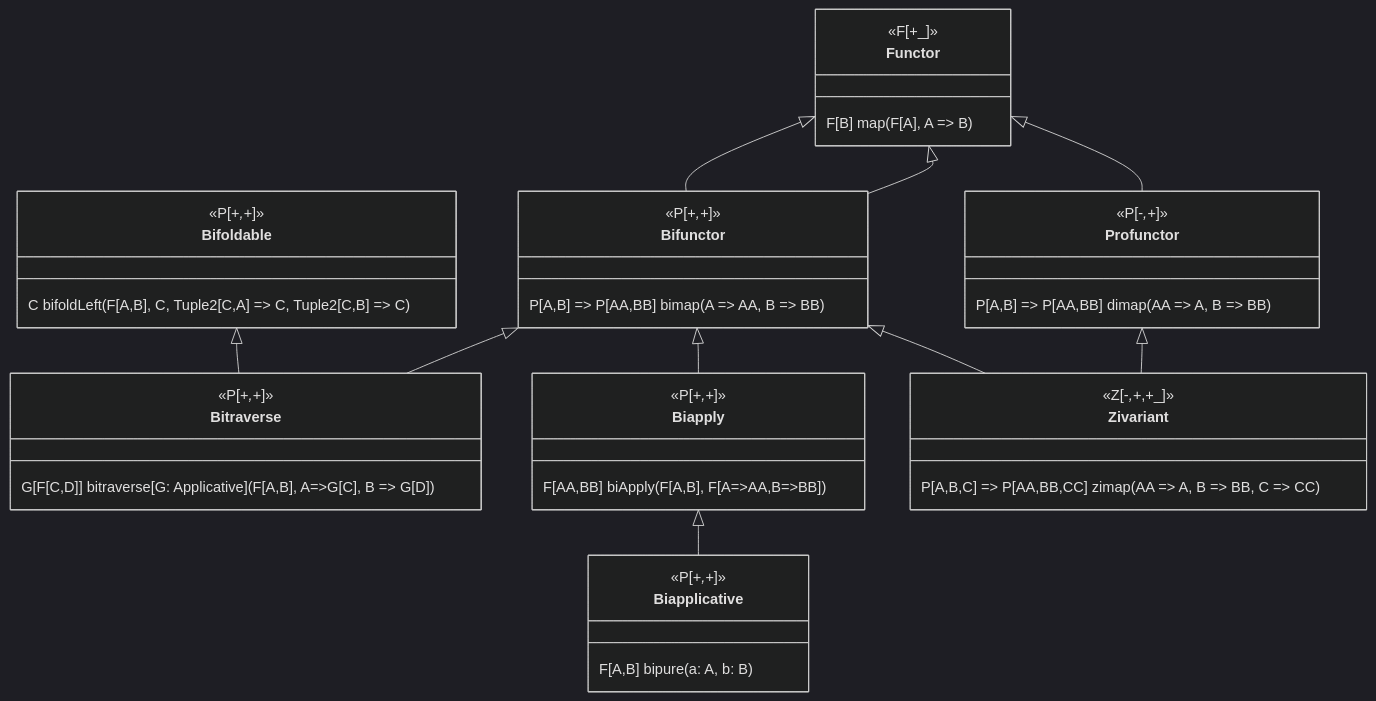
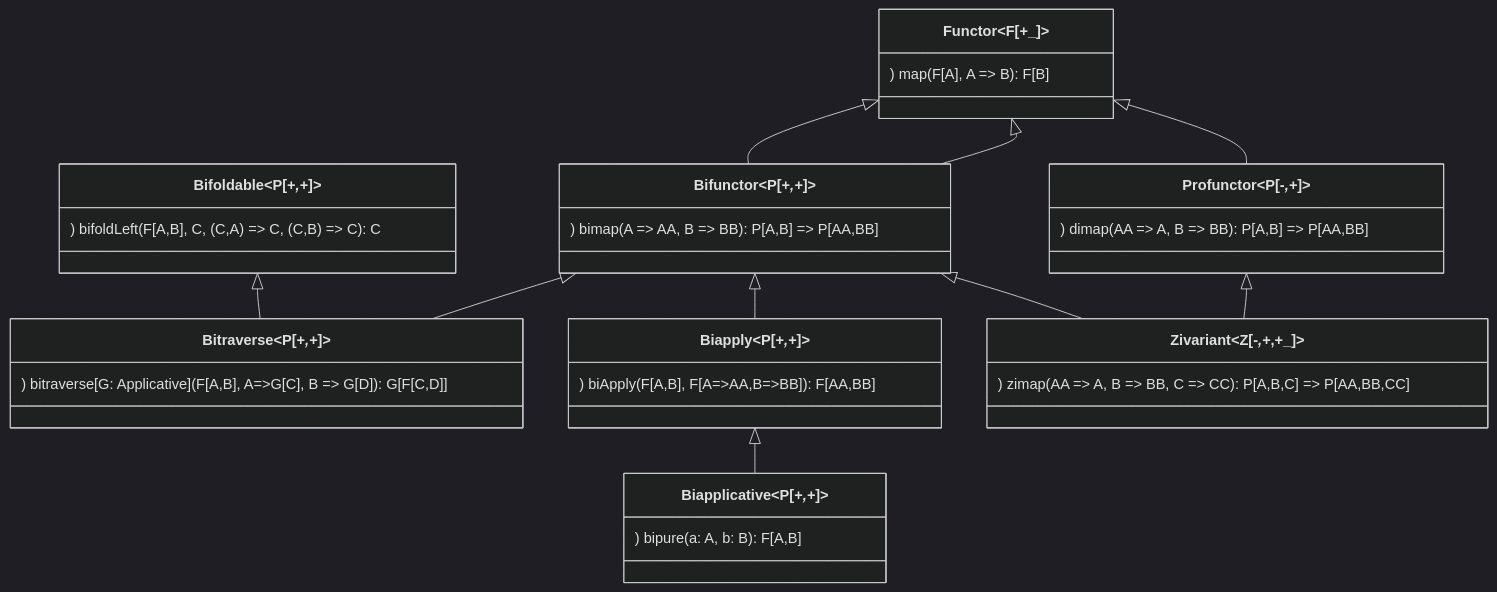
One commit to lemastero/scala_typeclassopedia changed the diagram in Bifunctors.MD. Above: the diagram before and after it, drawn with Mermaid (dark theme). The commit also changed 4 other files, not shown here.

Commit message:
add type parameters to mermaid diagrams using ~

````diff
--- a/Bifunctors.MD
+++ b/Bifunctors.MD
@@ -1,45 +1,37 @@
 ```mermaid
 classDiagram
-   Bifoldable <|-- Bitraverse
-   Bifunctor <|-- Bitraverse
-   Bifunctor <|-- Biapply
-   Biapply <|-- Biapplicative
+   Bifoldable~P[+_,+_]~ <|-- Bitraverse~P[+_,+_]~
+   Bifunctor~P[+_,+_]~ <|-- Bitraverse
+   Bifunctor <|-- Biapply~P[+_,+_]~
+   Biapply <|-- Biapplicative~P[+_,+_]~
+   Functor~F[+_]~ <|-- Bifunctor
    Functor <|-- Bifunctor
-   Functor <|-- Bifunctor
-   Functor <|-- Profunctor
-   Bifunctor <|-- Zivariant
+   Functor <|-- Profunctor~P[-_,+_]~
+   Bifunctor <|-- Zivariant~Z[-_,+_,+_]~
    Profunctor <|-- Zivariant
 
-   class Functor {
-     <<F[+_]>>
-     F[B] map(F[A], A => B)
-   }
+  class Functor {
+    ) map(F[A], A => B): F[B]
+  }
   class Profunctor {
-    <<P[-_,+_]>>
-    P[A,B] => P[AA,BB] dimap(AA => A, B => BB)
+    ) dimap(AA => A, B => BB): P[A,B] => P[AA,BB]
   }
   class Bifunctor {
-    <<P[+_,+_]>>
-    P[A,B] => P[AA,BB] bimap(A => AA, B => BB)
+    ) bimap(A => AA, B => BB): P[A,B] => P[AA,BB]
   }
   class Bifoldable {
-    <<P[+_,+_]>>
-    C bifoldLeft(F[A,B], C, Tuple2[C,A] => C, Tuple2[C,B] => C)
+    ) bifoldLeft(F[A,B], C, (C,A) => C, (C,B) => C): C
   }
   class Bitraverse {
-    <<P[+_,+_]>>
-    G[F[C,D]] bitraverse[G: Applicative](F[A,B], A=>G[C], B => G[D])
+    ) bitraverse[G: Applicative](F[A,B], A=>G[C], B => G[D]): G[F[C,D]]
   }
   class Biapply {
-    <<P[+_,+_]>>
-    F[AA,BB] biApply(F[A,B], F[A=>AA,B=>BB])
+    ) biApply(F[A,B], F[A=>AA,B=>BB]): F[AA,BB]
   }
   class Biapplicative {
-    <<P[+_,+_]>>
-    F[A,B] bipure(a: A, b: B)
+    ) bipure(a: A, b: B): F[A,B]
   }
   class Zivariant {
-    <<Z[-_,+_,+_]>>
-    P[A,B,C] => P[AA,BB,CC] zimap(AA => A, B => BB, C => CC)
+    ) zimap(AA => A, B => BB, C => CC): P[A,B,C] => P[AA,BB,CC]
   }
 ```
````
